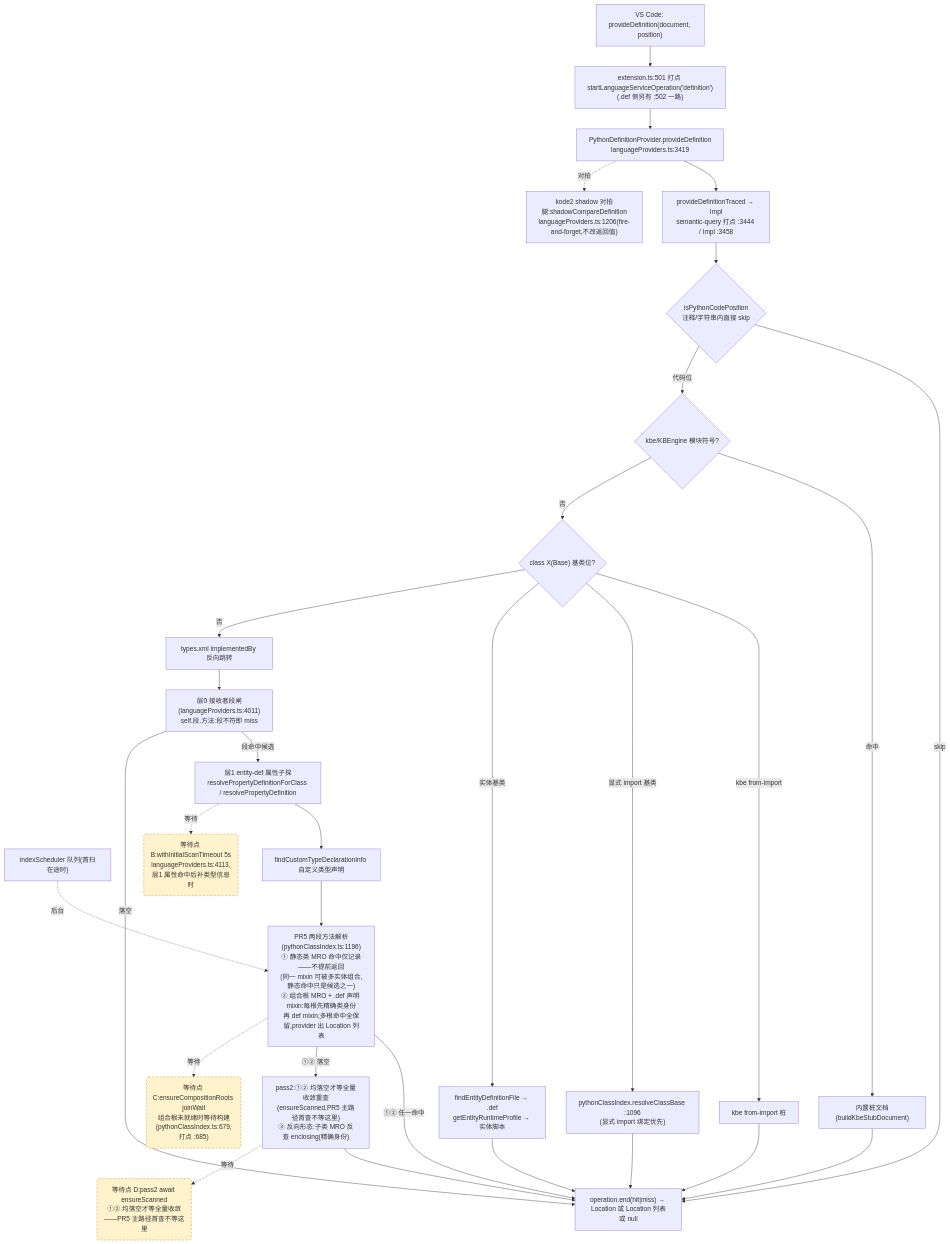
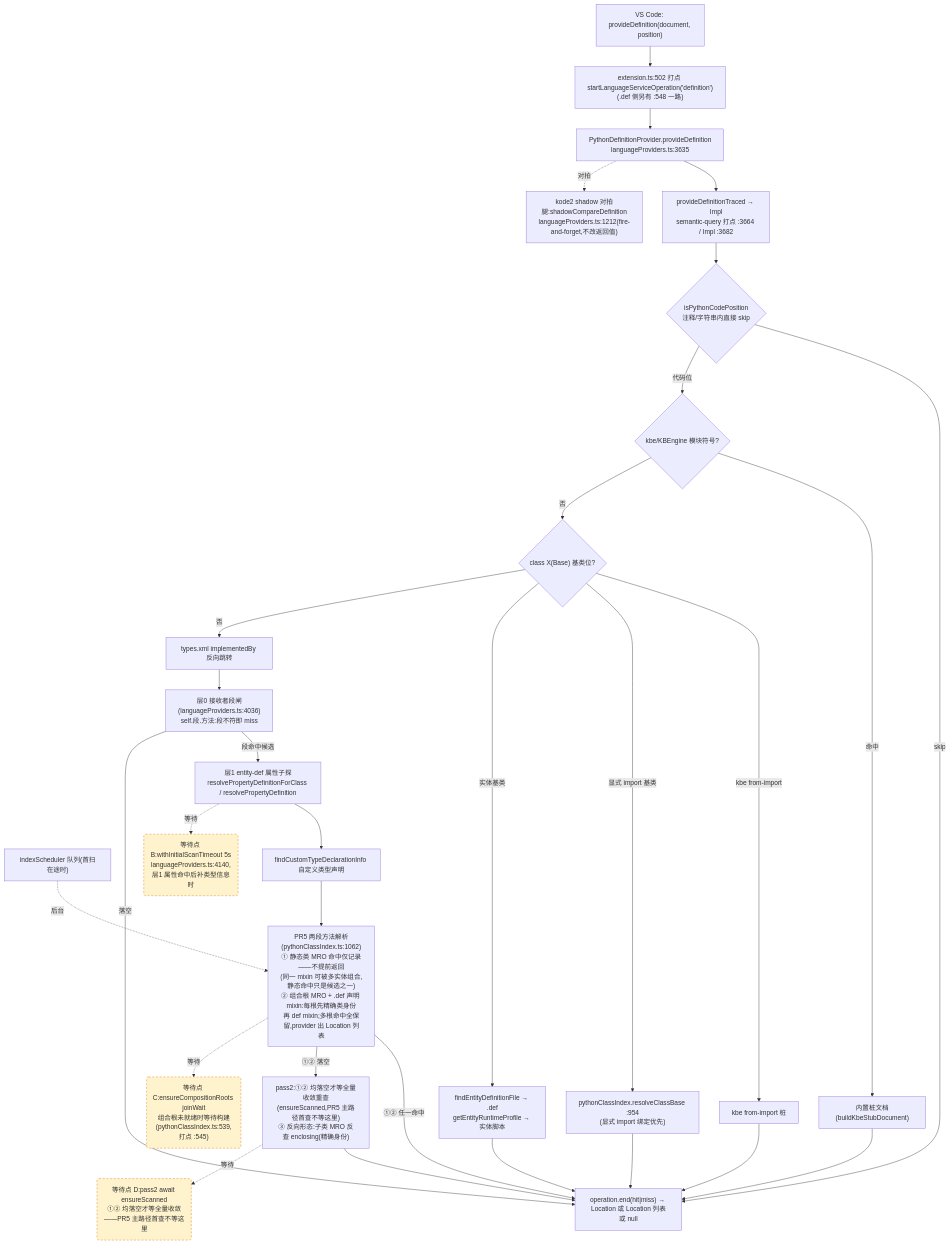
One commit to cuihairu/kode changed the second of 4 diagrams in docs/perf/2026-baseline.md. Above: the diagram before and after it, drawn with Mermaid. The commit also changed other lines of this file and 1 other file, not shown here.

````diff
--- a/docs/perf/2026-baseline.md
+++ b/docs/perf/2026-baseline.md
@@ -128,51 +128,51 @@
 ```mermaid
 flowchart TD
   VC2["VS Code: provideDefinition(document, position)"]
-  M2["extension.ts:501 打点 startLanguageServiceOperation('definition')<br/>(.def 侧另有 :502 一路)"]
-  AD2["PythonDefinitionProvider.provideDefinition<br/>languageProviders.ts:3419"]
-  TR["provideDefinitionTraced → Impl<br/>semantic-query 打点 :3444 / Impl :3458"]
+  M2["extension.ts:502 打点 startLanguageServiceOperation('definition')<br/>(.def 侧另有 :548 一路)"]
+  AD2["PythonDefinitionProvider.provideDefinition<br/>languageProviders.ts:3635"]
+  TR["provideDefinitionTraced → Impl<br/>semantic-query 打点 :3664 / Impl :3682"]
   CTX{"isPythonCodePosition<br/>注释/字符串内直接 skip"}
   KBE{"kbe/KBEngine 模块符号?"}
   STUB["内置桩文档(buildKbeStubDocument)"]
   CB{"class X(Base) 基类位?"}
   CB1["kbe from-import 桩"]
-  CB2["pythonClassIndex.resolveClassBase :1096<br/>(显式 import 绑定优先)"]
+  CB2["pythonClassIndex.resolveClassBase :954<br/>(显式 import 绑定优先)"]
   CB3["findEntityDefinitionFile → .def<br/>getEntityRuntimeProfile → 实体脚本"]
   REV["types.xml implementedBy 反向跳转"]
-  L0["层0 接收者段闸(languageProviders.ts:4011)<br/>self.段.方法:段不符即 miss"]
+  L0["层0 接收者段闸(languageProviders.ts:4036)<br/>self.段.方法:段不符即 miss"]
   L1["层1 entity-def 属性子探<br/>resolvePropertyDefinitionForClass / resolvePropertyDefinition"]
   SCAN["indexScheduler 队列(首扫在途时)"]
   TY["findCustomTypeDeclarationInfo 自定义类型声明"]
-  MRO["PR5 两段方法解析(pythonClassIndex.ts:1196)<br/>① 静态类 MRO 命中仅记录——不提前返回<br/>(同一 mixin 可被多实体组合,静态命中只是候选之一)<br/>② 组合根 MRO + .def 声明 mixin:每根先精确类身份<br/>再 def mixin;多根命中全保留,provider 出 Location 列表"]
+  MRO["PR5 两段方法解析(pythonClassIndex.ts:1062)<br/>① 静态类 MRO 命中仅记录——不提前返回<br/>(同一 mixin 可被多实体组合,静态命中只是候选之一)<br/>② 组合根 MRO + .def 声明 mixin:每根先精确类身份<br/>再 def mixin;多根命中全保留,provider 出 Location 列表"]
   PASS2["pass2:①② 均落空才等全量收敛重查<br/>(ensureScanned,PR5 主路径首查不等这里)<br/>③ 反向形态:子类 MRO 反查 enclosing(精确身份)"]
-  SHD["kode2 shadow 对拍腿:shadowCompareDefinition<br/>languageProviders.ts:1206(fire-and-forget,不改返回值)"]
+  SHD["kode2 shadow 对拍腿:shadowCompareDefinition<br/>languageProviders.ts:1212(fire-and-forget,不改返回值)"]
   END2["operation.end(hit|miss) → Location 或 Location 列表或 null"]
 
   VC2 --> M2 --> AD2 --> TR --> CTX
   CTX -- "skip" --> END2
   CTX -- "代码位" --> KBE
   KBE -- "命中" --> STUB --> END2
   KBE -- "否" --> CB
   CB -- "kbe from-import" --> CB1 --> END2
   CB -- "显式 import 基类" --> CB2 --> END2
   CB -- "实体基类" --> CB3 --> END2
   CB -- "否" --> REV --> L0
   L0 -- "段命中候选" --> L1
   L0 -- "落空" --> END2
   L1 --> TY
   TY --> MRO
   MRO -- "①② 任一命中" --> END2
   MRO -- "①② 落空" --> PASS2 --> END2
   AD2 -.->|对拍| SHD
 
-  WAITB("等待点 B:withInitialScanTimeout 5s<br/>languageProviders.ts:4113,层1 属性命中后补类型信息时")
-  WAITC("等待点 C:ensureCompositionRoots joinWait<br/>组合根未就绪时等待构建(pythonClassIndex.ts:679,打点 :685)")
+  WAITB("等待点 B:withInitialScanTimeout 5s<br/>languageProviders.ts:4140,层1 属性命中后补类型信息时")
+  WAITC("等待点 C:ensureCompositionRoots joinWait<br/>组合根未就绪时等待构建(pythonClassIndex.ts:539,打点 :545)")
   WAITD("等待点 D:pass2 await ensureScanned<br/>①② 均落空才等全量收敛——PR5 主路径首查不等这里")
   L1 -.->|等待| WAITB
   MRO -.->|等待| WAITC
   PASS2 -.->|等待| WAITD
   SCAN -.->|后台| MRO
 
   classDef waitPoint fill:#fff3cd,stroke:#d97706,stroke-dasharray:5 4;
   class WAITB,WAITC,WAITD waitPoint;
 ```
````
